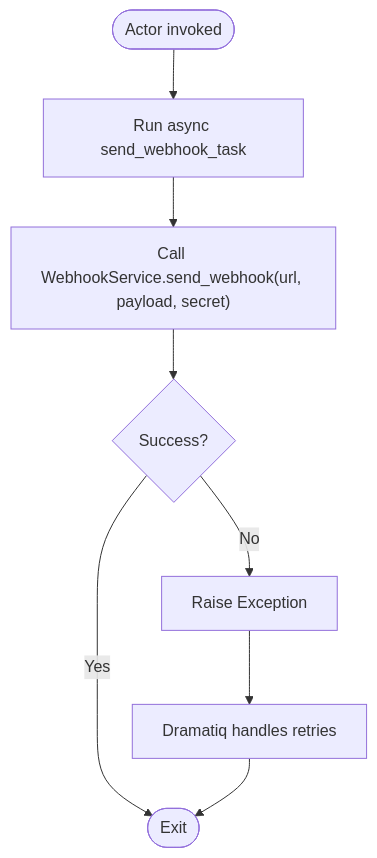
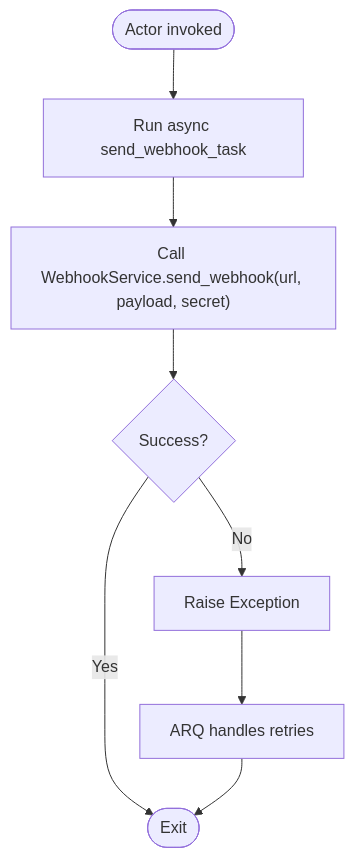
The third of 4 diagrams in docs/background-processing/webhook-worker.md (rakibhossain72/ctrip-docs), drawn with Mermaid before and after one commit. The commit also changed other lines of this file and 25 other files, not shown here.

First line of the commit message:
docs: Update documentation to reflect ARQ task migration from Dramatiq

````diff
--- a/docs/background-processing/webhook-worker.md
+++ b/docs/background-processing/webhook-worker.md
@@ -146,10 +146,10 @@
 ```mermaid
 flowchart TD
 Start(["Actor invoked"]) --> Run["Run async send_webhook_task"]
 Run --> CallService["Call WebhookService.send_webhook(url, payload, secret)"]
 CallService --> Success{"Success?"}
 Success --> |Yes| Done(["Exit"])
 Success --> |No| Raise["Raise Exception"]
-Raise --> Retry["Dramatiq handles retries"]
+Raise --> Retry["ARQ handles retries"]
 Retry --> Done
 ```
````
